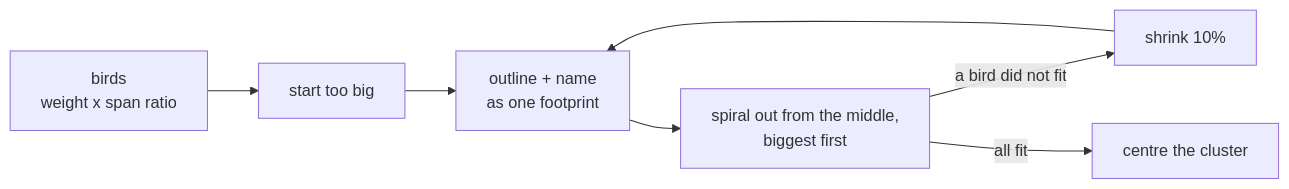
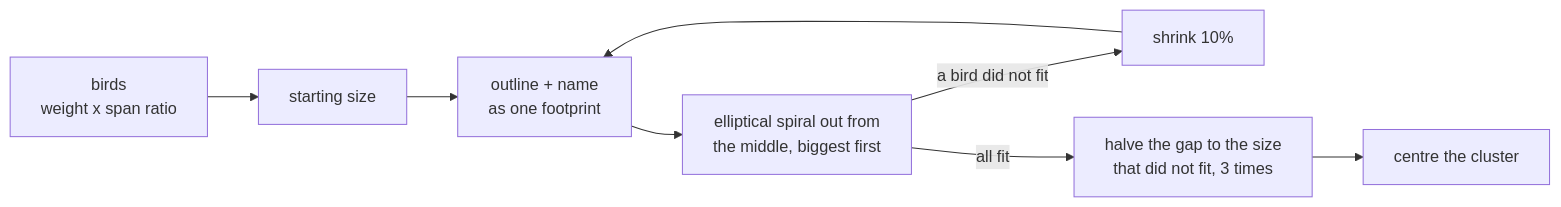
Before and after one commit to Filip-Pajalic/birdnet-go-frame: the second of 4 diagrams in docs/explanation/image-pipeline.md, drawn with Mermaid. The commit also changed other lines of this file and 10 other files, not shown here.

````diff
--- a/docs/explanation/image-pipeline.md
+++ b/docs/explanation/image-pipeline.md
@@ -90,9 +93,10 @@
 ```mermaid
 flowchart LR
-    birds["birds<br/>weight x span ratio"] --> size["start too big"]
+    birds["birds<br/>weight x span ratio"] --> size["starting size"]
     size --> foot["outline + name<br/>as one footprint"]
-    foot --> spiral["spiral out from the middle,<br/>biggest first"]
+    foot --> spiral["elliptical spiral out from<br/>the middle, biggest first"]
     spiral -->|"a bird did not fit"| shrink["shrink 10%"]
     shrink --> foot
-    spiral -->|"all fit"| centre["centre the cluster"]
+    spiral -->|"all fit"| refine["halve the gap to the size<br/>that did not fit, 3 times"]
+    refine --> centre["centre the cluster"]
 ```
````
